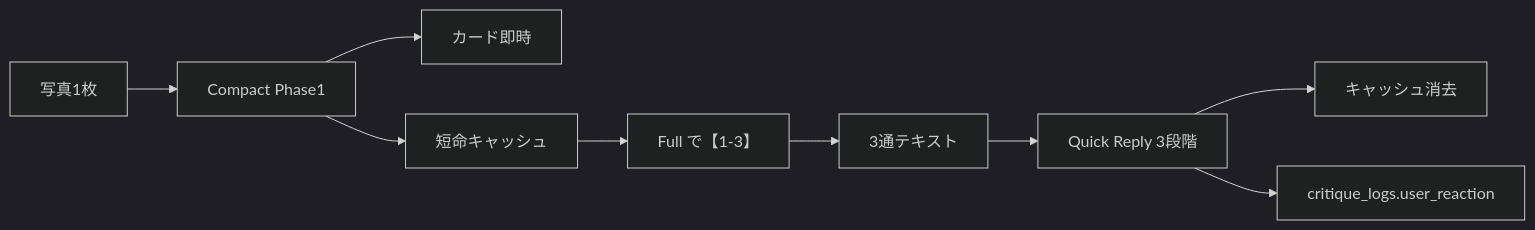
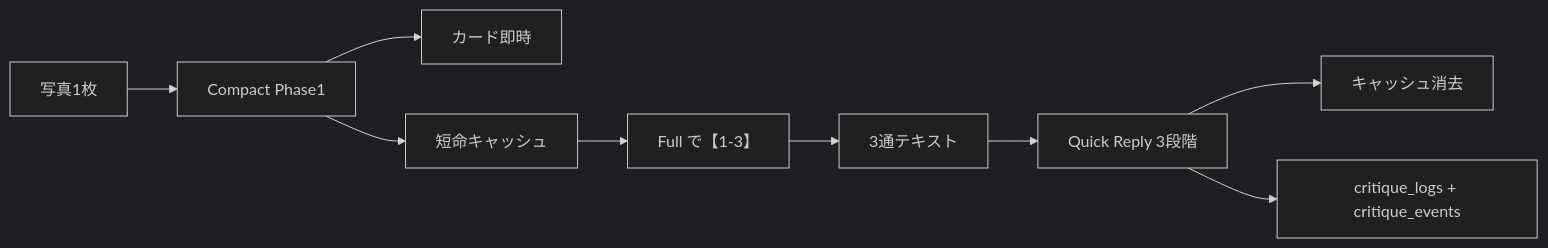
One commit to nktn-arch01/photo-critique-bot changed the fourth of 5 diagrams in docs/CURRENT_APP_MAP.md. Above: the diagram before and after it, drawn with Mermaid (dark theme). The commit also changed other lines of this file and 10 other files, not shown here.

First line of the commit message:
privacy(line): add anonymous critique_events table for usage analytics

````diff
--- a/docs/CURRENT_APP_MAP.md
+++ b/docs/CURRENT_APP_MAP.md
@@ -125,11 +125,11 @@
 ```mermaid
 flowchart LR
   Photo[写真1枚] --> Compact[Compact Phase1]
   Compact --> CardPush[カード即時]
   Compact --> Mem[短命キャッシュ]
   Mem --> Full13[Full で【1-3】]
   Full13 --> Push3[3通テキスト]
   Push3 --> QR[Quick Reply 3段階]
   QR --> Clear[キャッシュ消去]
-  QR --> DB["critique_logs.user_reaction"]
+  QR --> DB["critique_logs + critique_events"]
 ```
````
